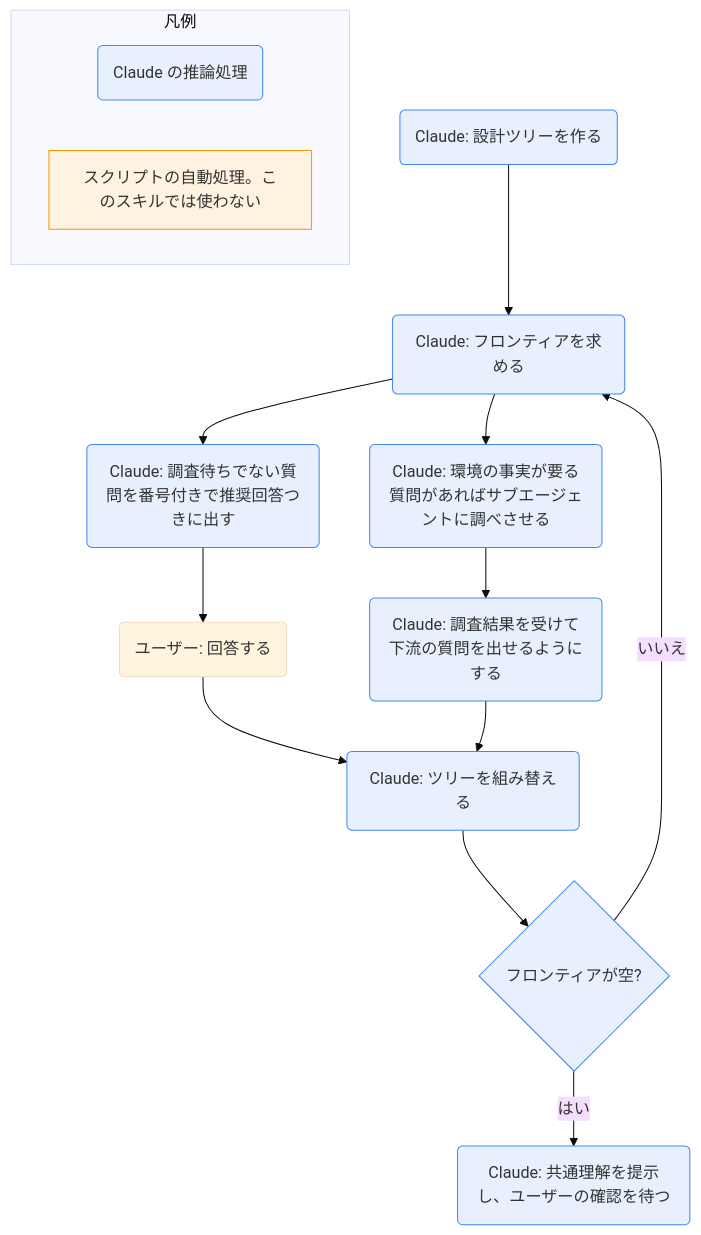
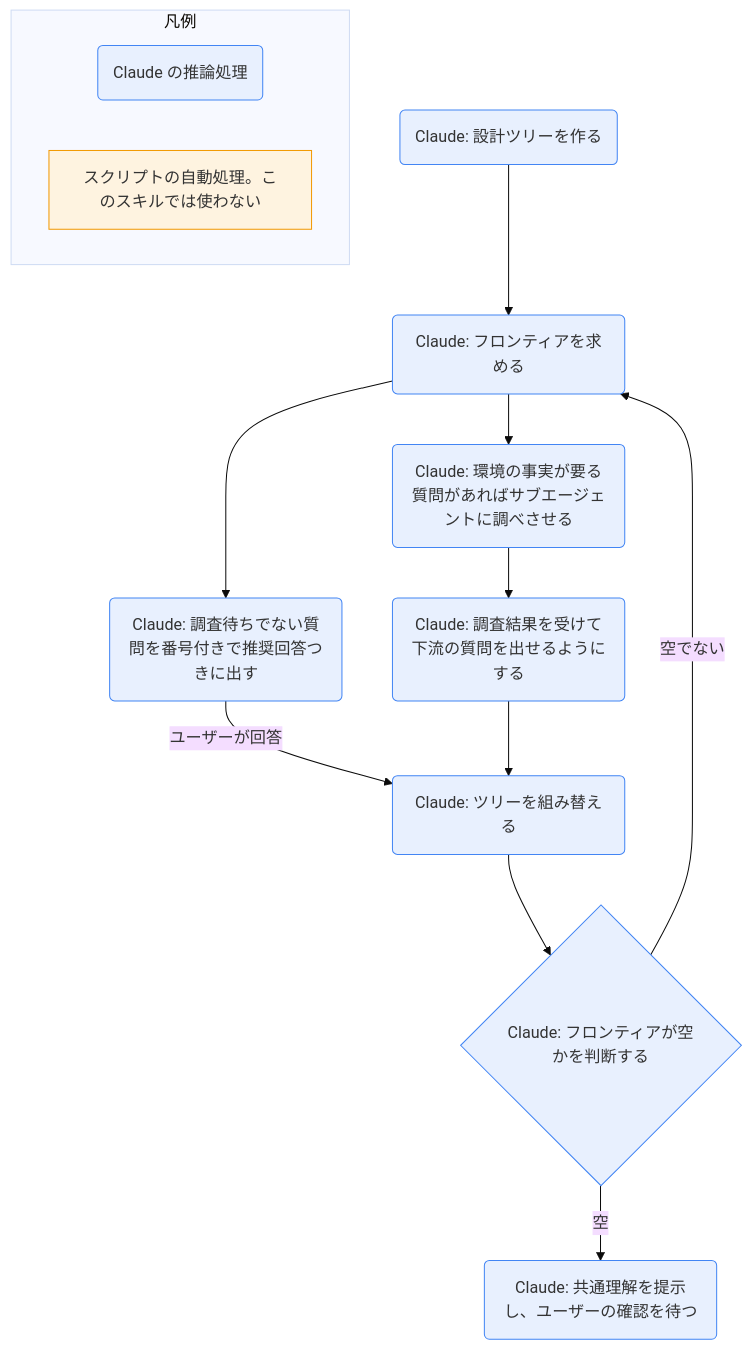
One commit to asama0101/obsidian-claude changed the diagram in 90_system/skill-docs/grilling.md. Above: the diagram before and after it, drawn with Mermaid (base theme). The commit also changed other lines of this file and 63 other files, not shown here.

````diff
--- a/90_system/skill-docs/grilling.md
+++ b/90_system/skill-docs/grilling.md
@@ -32,20 +32,19 @@
 ```mermaid
 flowchart TD
   A(Claude: 設計ツリーを作る) --> B(Claude: フロンティアを求める)
   B --> C(Claude: 環境の事実が要る質問があればサブエージェントに調べさせる)
   B --> D(Claude: 調査待ちでない質問を番号付きで推奨回答つきに出す)
-  D --> E(ユーザー: 回答する)
   C --> F(Claude: 調査結果を受けて下流の質問を出せるようにする)
-  E --> G(Claude: ツリーを組み替える)
+  D -- ユーザーが回答 --> G(Claude: ツリーを組み替える)
   F --> G
-  G --> H{フロンティアが空?}
-  H -- いいえ --> B
-  H -- はい --> I(Claude: 共通理解を提示し、ユーザーの確認を待つ)
+  G --> H{Claude: フロンティアが空かを判断する}
+  H -- 空でない --> B
+  H -- 空 --> I(Claude: 共通理解を提示し、ユーザーの確認を待つ)
   classDef ai fill:#e8f0fe,stroke:#4285f4
   classDef sc fill:#fef3e0,stroke:#f29900
   class A,B,C,D,F,G,H,I ai
   subgraph 凡例
     L1(Claude の推論処理):::ai
     L2[スクリプトの自動処理。このスキルでは使わない]:::sc
   end
 ```
````
